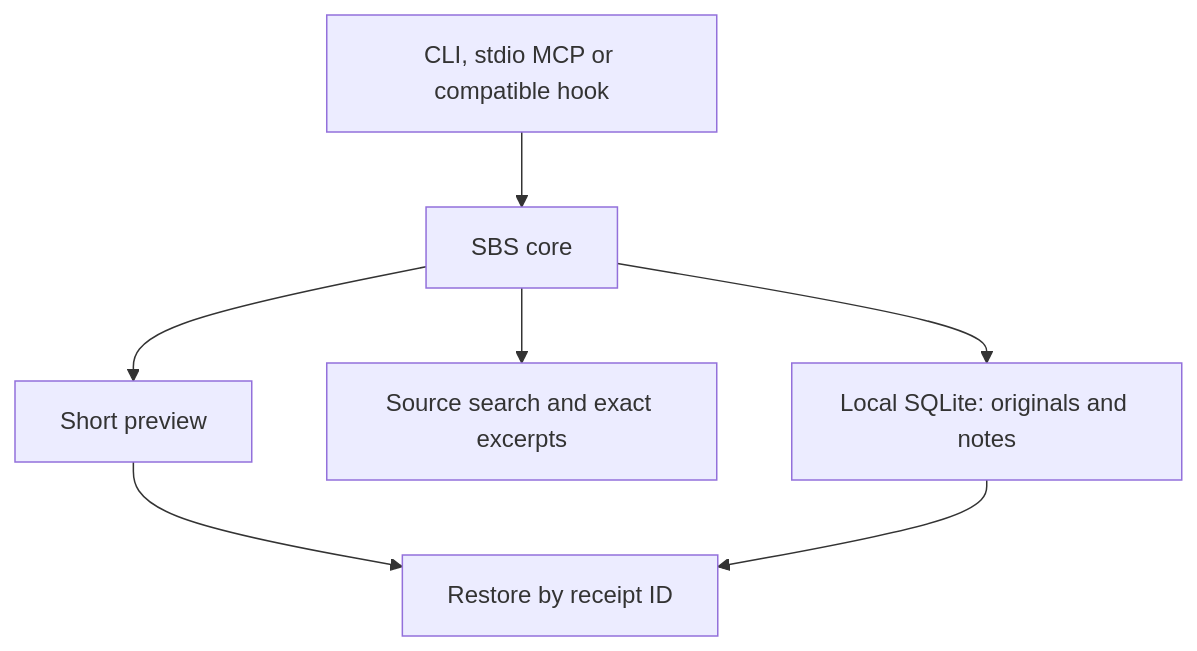
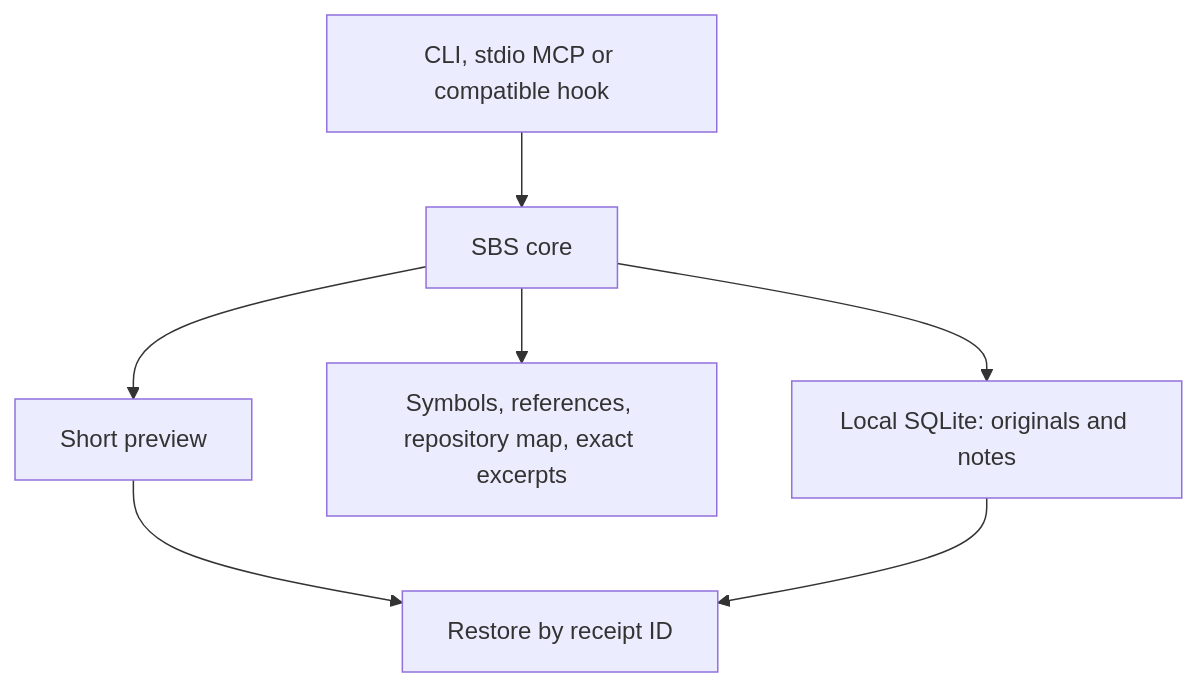
Before and after one commit to searadacunha/Stop-Bullshiting: the diagram in README.md, drawn with Mermaid. The commit also changed other lines of this file and 10 other files, not shown here.

````diff
--- a/README.md
+++ b/README.md
@@ -296,9 +320,9 @@
 ```mermaid
 flowchart TD
     Input["CLI, stdio MCP or compatible hook"] --> Core["SBS core"]
     Core --> Preview["Short preview"]
-    Core --> Source["Source search and exact excerpts"]
+    Core --> Source["Symbols, references, repository map, exact excerpts"]
     Core --> Store["Local SQLite: originals and notes"]
     Preview --> Restore["Restore by receipt ID"]
     Store --> Restore
 ```
````
